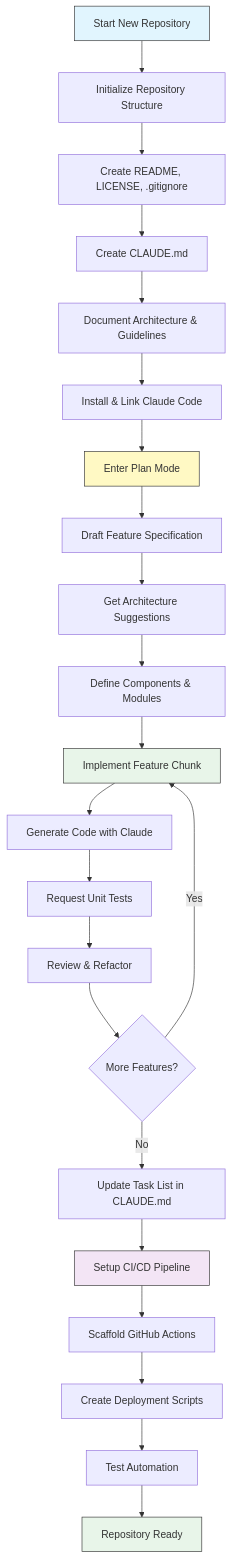
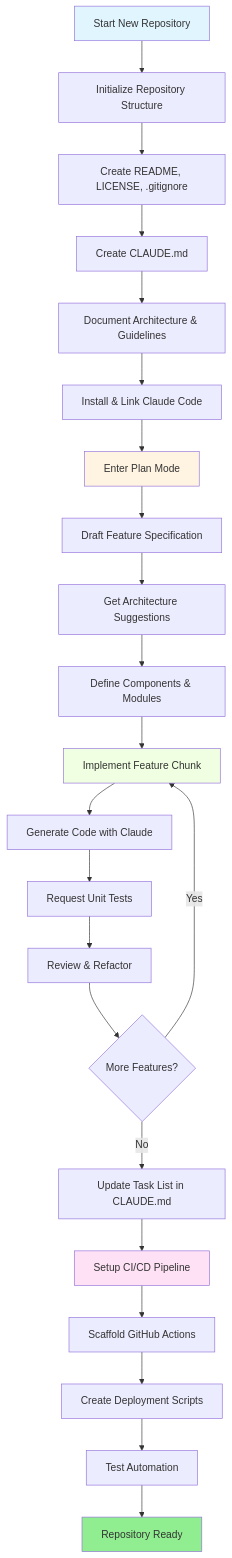
The first of 2 diagrams in fa/resources.md (hassanbht/claude-howto), drawn with Mermaid before and after one commit. The commit also changed other lines of this file and 213 other files, not shown here.

````diff
--- a/fa/resources.md
+++ b/fa/resources.md
@@ -122,33 +121,33 @@
 ```mermaid
 graph TD
     A[Start New Repository] --> B[Initialize Repository Structure]
     B --> C[Create README, LICENSE, .gitignore]
     C --> D[Create CLAUDE.md]
     D --> E[Document Architecture & Guidelines]
     E --> F[Install & Link Claude Code]
 
     F --> G[Enter Plan Mode]
     G --> H[Draft Feature Specification]
     H --> I[Get Architecture Suggestions]
     I --> J[Define Components & Modules]
 
     J --> K[Implement Feature Chunk]
     K --> L[Generate Code with Claude]
     L --> M[Request Unit Tests]
     M --> N[Review & Refactor]
     N --> O{More Features?}
     O -->|Yes| K
     O -->|No| P[Update Task List in CLAUDE.md]
 
     P --> Q[Setup CI/CD Pipeline]
     Q --> R[Scaffold GitHub Actions]
     R --> S[Create Deployment Scripts]
     S --> T[Test Automation]
     T --> U[Repository Ready]
 
-    style A fill:#e1f5fe,stroke:#333,color:#333
-    style G fill:#fff9c4,stroke:#333,color:#333
-    style K fill:#e8f5e9,stroke:#333,color:#333
-    style Q fill:#f3e5f5,stroke:#333,color:#333
-    style U fill:#e8f5e9,stroke:#333,color:#333
+    style A fill:#e1f5ff
+    style G fill:#fff4e1
+    style K fill:#f0ffe1
+    style Q fill:#ffe1f5
+    style U fill:#90EE90
 ```
````
